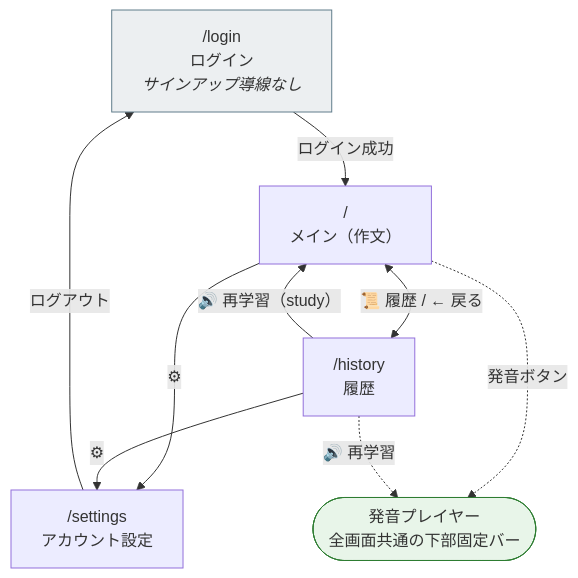
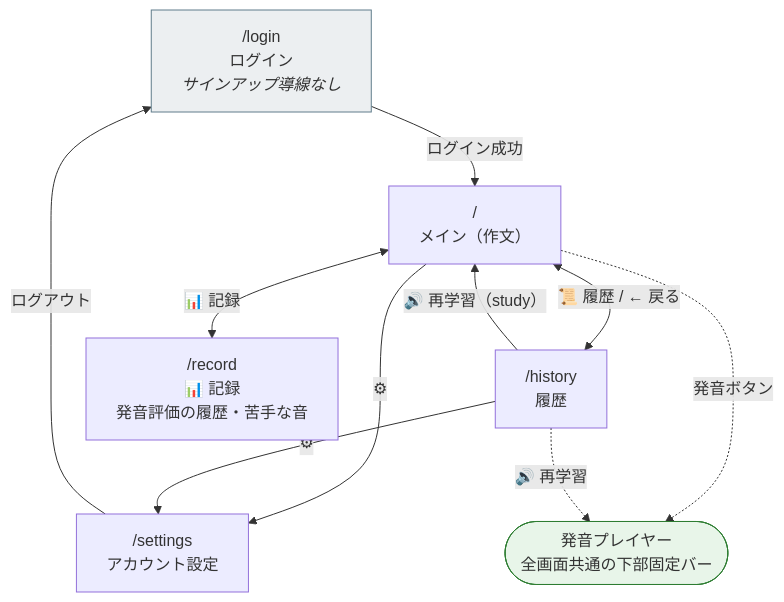
The fourth of 5 diagrams in docs/10-specs/family-edition-spec.md (hisataka0206/englishLearningApp), drawn with Mermaid before and after one commit. The commit also changed other lines of this file and 17 other files, not shown here.

````diff
--- a/docs/10-specs/family-edition-spec.md
+++ b/docs/10-specs/family-edition-spec.md
@@ -215,20 +231,22 @@
 ```mermaid
 flowchart TD
     LOGIN["/login<br/>ログイン<br/><i>サインアップ導線なし</i>"]
     MAIN["/<br/>メイン（作文）"]
     HIST["/history<br/>履歴"]
+    REC["/record<br/>📊 記録<br/>発音評価の履歴・苦手な音"]
     SET["/settings<br/>アカウント設定"]
     PLAYER(["発音プレイヤー<br/>全画面共通の下部固定バー"])
 
     LOGIN -->|"ログイン成功"| MAIN
     MAIN <-->|"📜 履歴 / ← 戻る"| HIST
     HIST -->|"🔊 再学習（study）"| MAIN
+    MAIN <-->|"📊 記録"| REC
     MAIN -->|"⚙"| SET
     HIST -->|"⚙"| SET
     SET -->|"ログアウト"| LOGIN
     MAIN -.->|"発音ボタン"| PLAYER
     HIST -.->|"🔊 再学習"| PLAYER
 
     style LOGIN fill:#eceff1,stroke:#607d8b
     style PLAYER fill:#e8f5e9,stroke:#2e7d32
 ```
````
